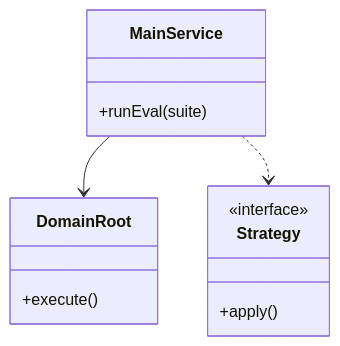
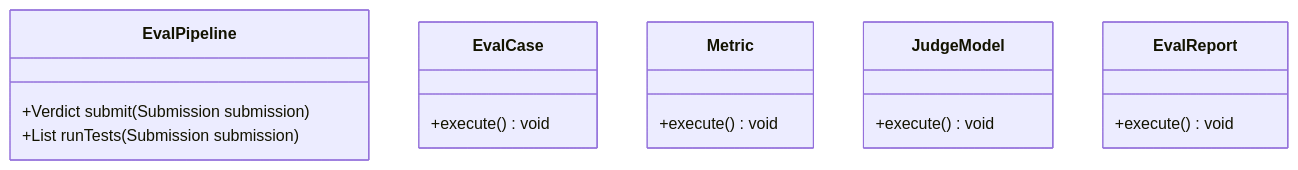
One commit to madhupaila/Interview-Prep-SSE changed the first of 3 diagrams in Learn/System Design - Low Level Design/05-genai-llm-lld/questions/Q07-evaluation-pipeline.md. Above: the diagram before and after it, drawn with Mermaid. The commit also changed other lines of this file and 491 other files, not shown here.

````diff
--- a/Learn/System Design - Low Level Design/05-genai-llm-lld/questions/Q07-evaluation-pipeline.md
+++ b/Learn/System Design - Low Level Design/05-genai-llm-lld/questions/Q07-evaluation-pipeline.md
@@ -75,15 +94,19 @@
 ```mermaid
 classDiagram
-    class MainService {
-        +runEval(suite)
+    class EvalPipeline {
+        +Verdict submit(Submission submission)
+        +List<TestResult> runTests(Submission submission)
     }
-    class DomainRoot {
-        +execute()
+    class EvalCase {
+        +execute() void
     }
-    class Strategy {
-        <<interface>>
-        +apply()
+    class Metric {
+        +execute() void
     }
-    MainService --> DomainRoot
-    MainService ..> Strategy
+    class JudgeModel {
+        +execute() void
+    }
+    class EvalReport {
+        +execute() void
+    }
 ```
````
